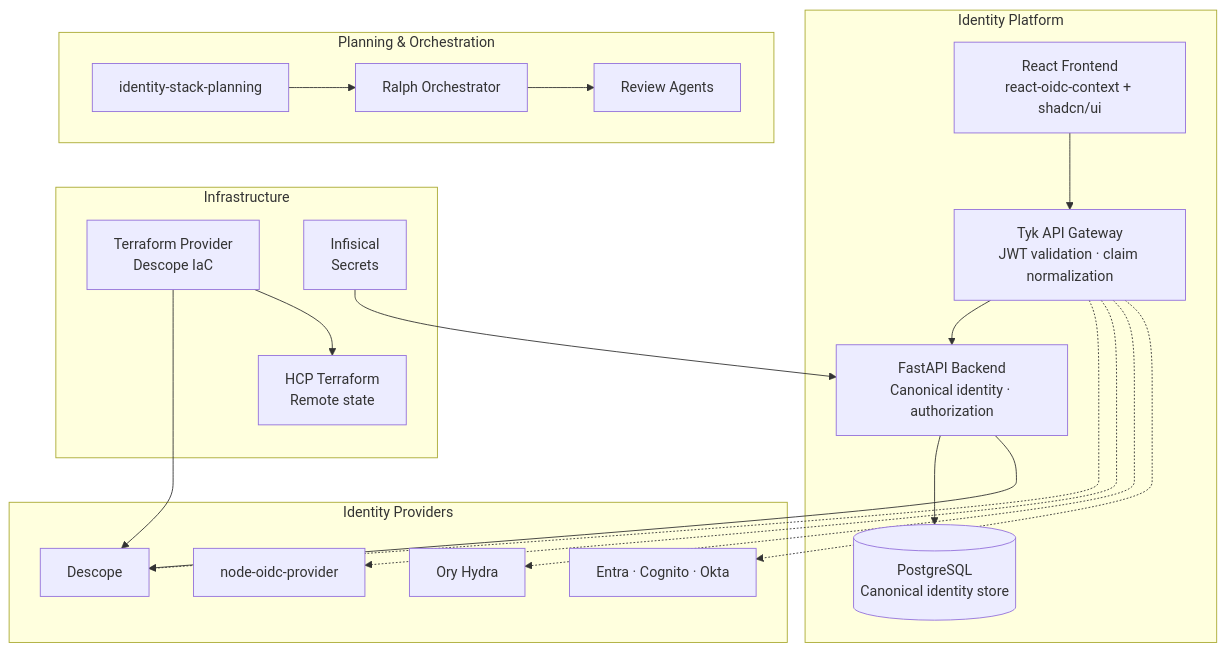
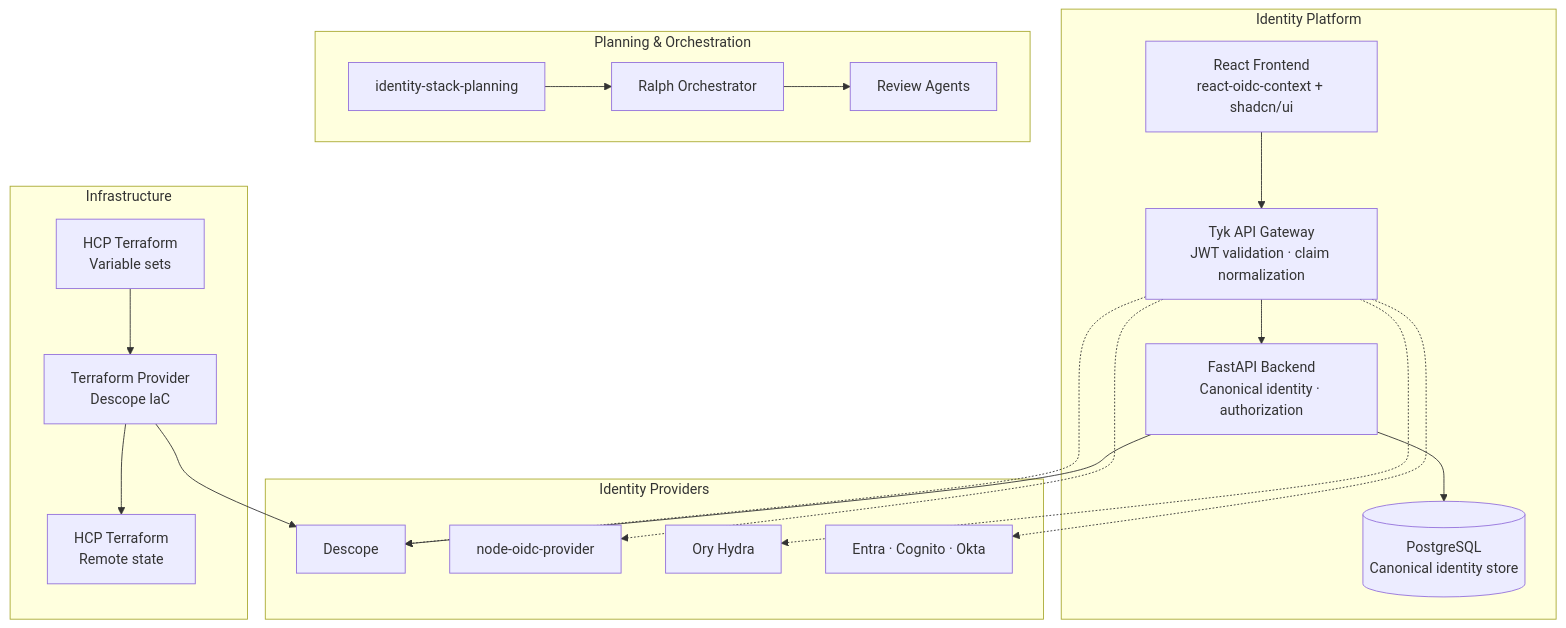
One commit to jamescrowley321/identity-stack-planning changed the first of 4 diagrams in README.md. Above: the diagram before and after it, drawn with Mermaid. The commit also changed 25 other files, not shown here.

````diff
--- a/README.md
+++ b/README.md
@@ -11,35 +11,35 @@
 ```mermaid
 graph TB
     subgraph app["Identity Platform"]
         FE["React Frontend<br/>react-oidc-context + shadcn/ui"]
         GW["Tyk API Gateway<br/>JWT validation · claim normalization"]
         BE["FastAPI Backend<br/>Canonical identity · authorization"]
         DB[("PostgreSQL<br/>Canonical identity store")]
     end
 
     subgraph providers["Identity Providers"]
         DESC["Descope"]
         OIDC["node-oidc-provider"]
         ORY["Ory Hydra"]
         CLOUD["Entra · Cognito · Okta"]
     end
 
     subgraph infra["Infrastructure"]
         TF["Terraform Provider<br/>Descope IaC"]
-        INF["Infisical<br/>Secrets"]
+        VS["HCP Terraform<br/>Variable sets"]
         HCP["HCP Terraform<br/>Remote state"]
     end
 
     subgraph planning["Planning & Orchestration"]
         AP["identity-stack-planning"]
         RALPH["Ralph Orchestrator"]
         REVIEW["Review Agents"]
     end
 
     FE --> GW --> BE --> DB
     GW -.-> DESC & OIDC & ORY & CLOUD
     BE --> DESC
     TF --> DESC & HCP
-    INF --> BE
+    VS --> TF
     AP --> RALPH --> REVIEW
 ```
````
